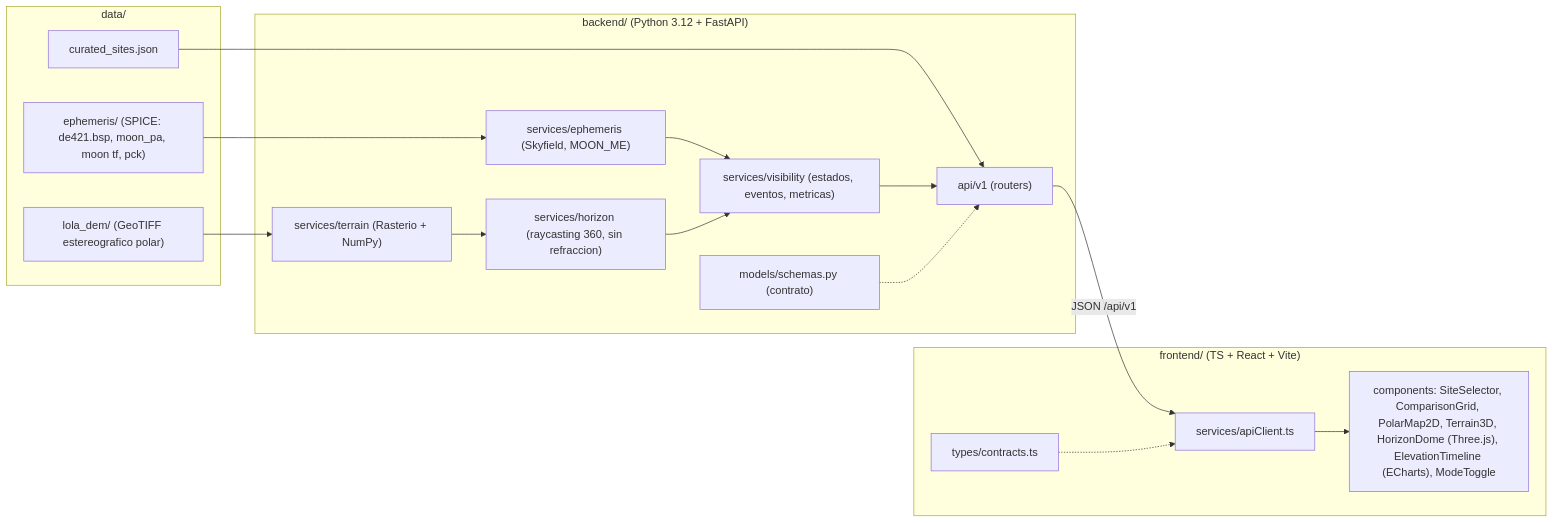
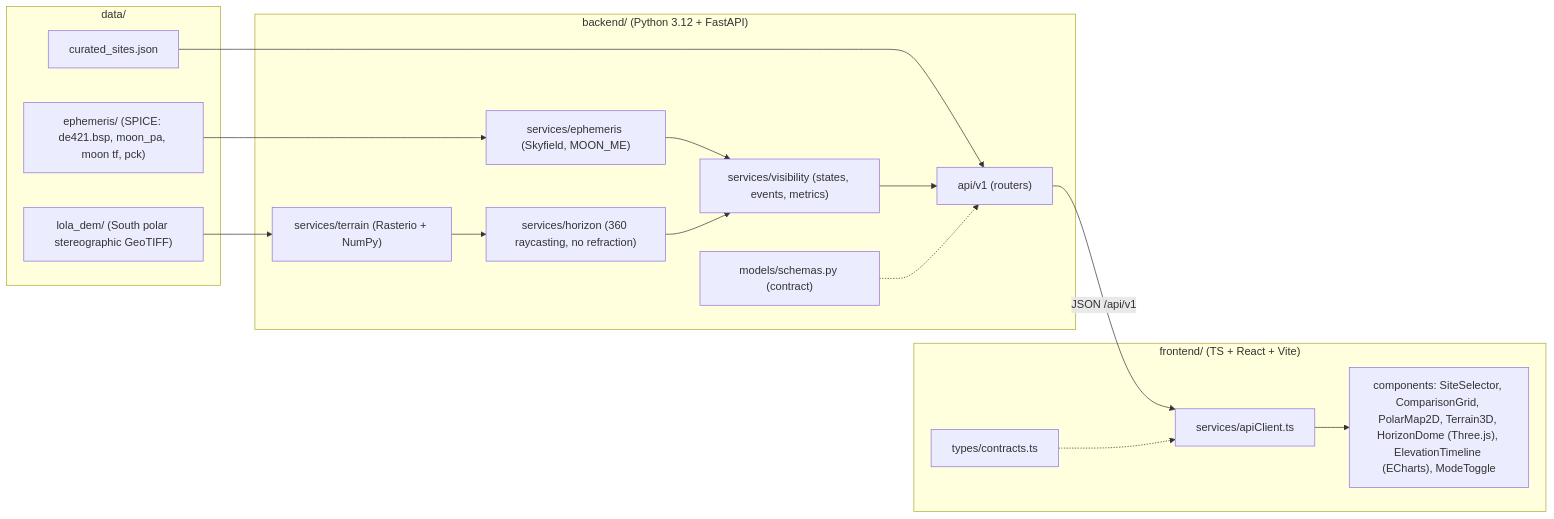
One commit to Pamugo/lunar-landing-navigator changed the diagram in docs/ARCHITECTURE.md. Above: the diagram before and after it, drawn with Mermaid. The commit also changed other lines of this file and 75 other files, not shown here.

````diff
--- a/docs/ARCHITECTURE.md
+++ b/docs/ARCHITECTURE.md
@@ -15,31 +15,31 @@
 ```mermaid
 flowchart LR
     subgraph DATA["data/"]
         K["ephemeris/ (SPICE: de421.bsp, moon_pa, moon tf, pck)"]
-        D["lola_dem/ (GeoTIFF estereografico polar)"]
+        D["lola_dem/ (South polar stereographic GeoTIFF)"]
         S["curated_sites.json"]
     end
     subgraph BE["backend/ (Python 3.12 + FastAPI)"]
         EPH["services/ephemeris (Skyfield, MOON_ME)"]
         TER["services/terrain (Rasterio + NumPy)"]
-        HOR["services/horizon (raycasting 360, sin refraccion)"]
-        VIS["services/visibility (estados, eventos, metricas)"]
+        HOR["services/horizon (360 raycasting, no refraction)"]
+        VIS["services/visibility (states, events, metrics)"]
         API["api/v1 (routers)"]
-        SCH["models/schemas.py (contrato)"]
+        SCH["models/schemas.py (contract)"]
     end
     subgraph FE["frontend/ (TS + React + Vite)"]
         SVC["services/apiClient.ts"]
         TYP["types/contracts.ts"]
         UI["components: SiteSelector, ComparisonGrid, PolarMap2D, Terrain3D, HorizonDome (Three.js), ElevationTimeline (ECharts), ModeToggle"]
     end
     K --> EPH
     D --> TER --> HOR
     S --> API
     EPH --> VIS
     HOR --> VIS
     VIS --> API
     SCH -.-> API
     API -- "JSON /api/v1" --> SVC
     TYP -.-> SVC
     SVC --> UI
 ```
````
